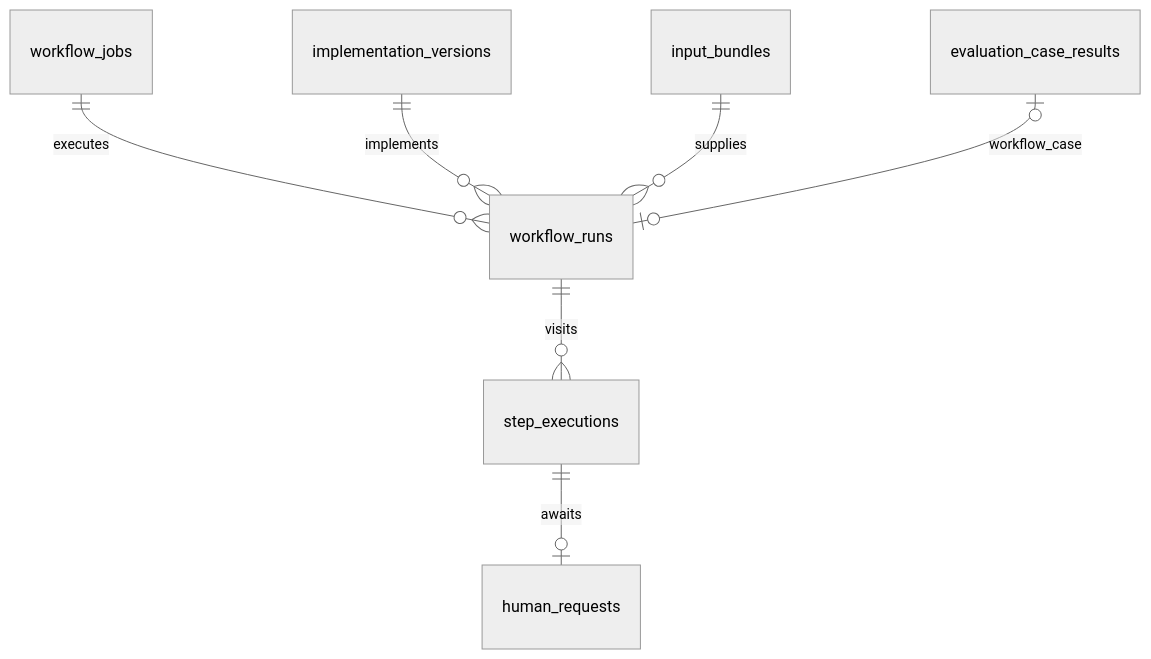
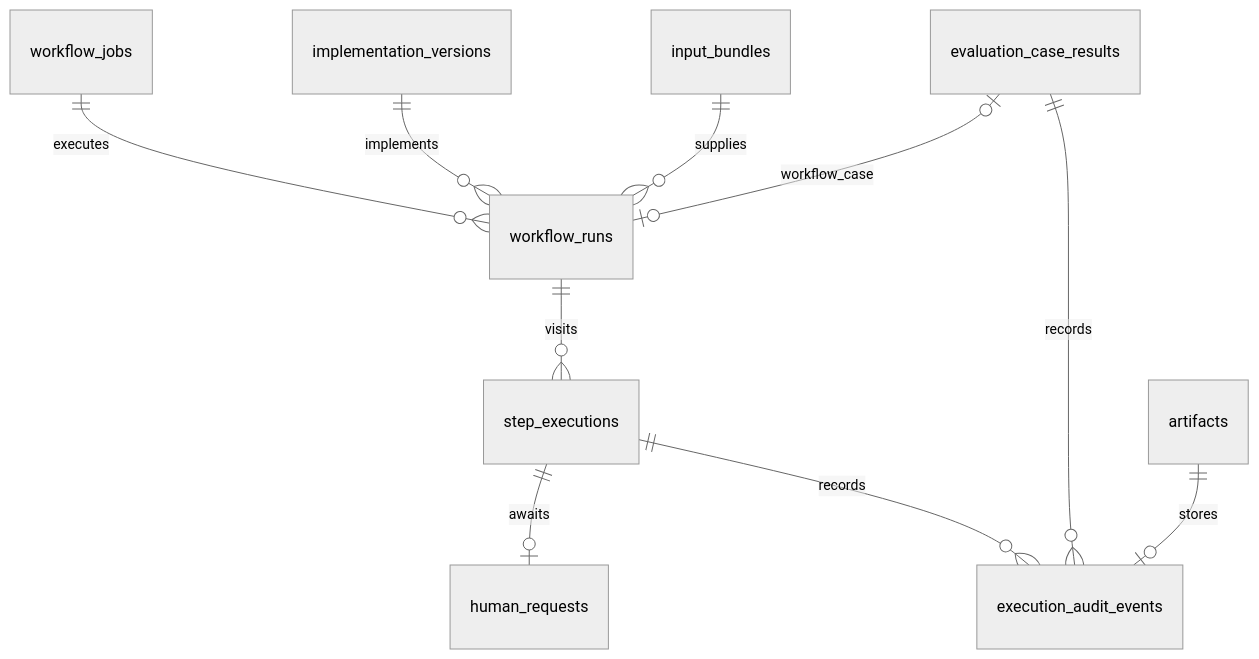
The fourth of 4 diagrams in docs/architecture/overview.md (boovines/meridian-take-home), drawn with Mermaid (neutral theme) before and after one commit. The commit also changed other lines of this file and 33 other files, not shown here.

````diff
--- a/docs/architecture/overview.md
+++ b/docs/architecture/overview.md
@@ -93,9 +93,12 @@
 ```mermaid
 erDiagram
     workflow_jobs ||--o{ workflow_runs : executes
     implementation_versions ||--o{ workflow_runs : implements
     input_bundles ||--o{ workflow_runs : supplies
     evaluation_case_results o|--o| workflow_runs : workflow_case
     workflow_runs ||--o{ step_executions : visits
     step_executions ||--o| human_requests : awaits
+    step_executions ||--o{ execution_audit_events : records
+    evaluation_case_results ||--o{ execution_audit_events : records
+    artifacts ||--o| execution_audit_events : stores
 ```
````
